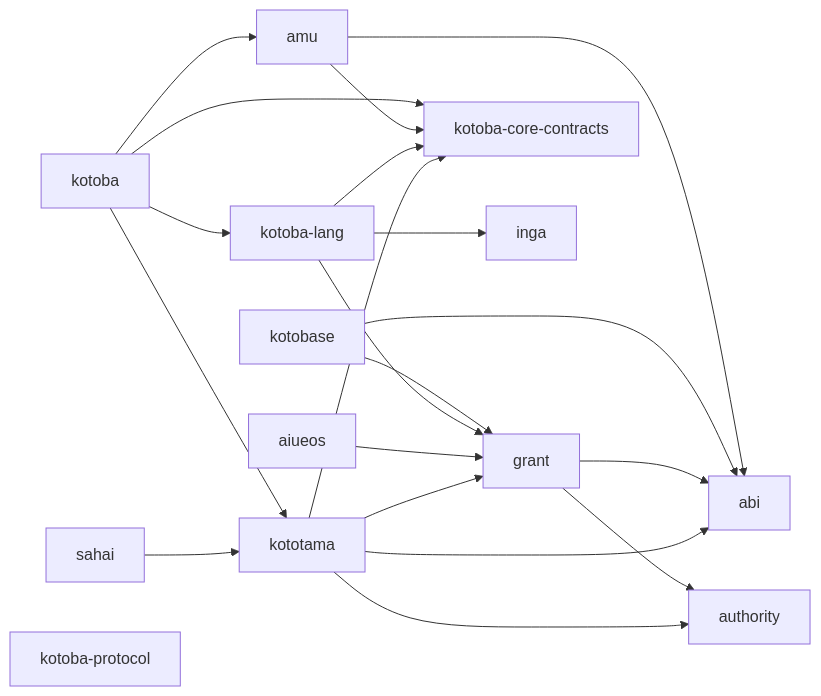
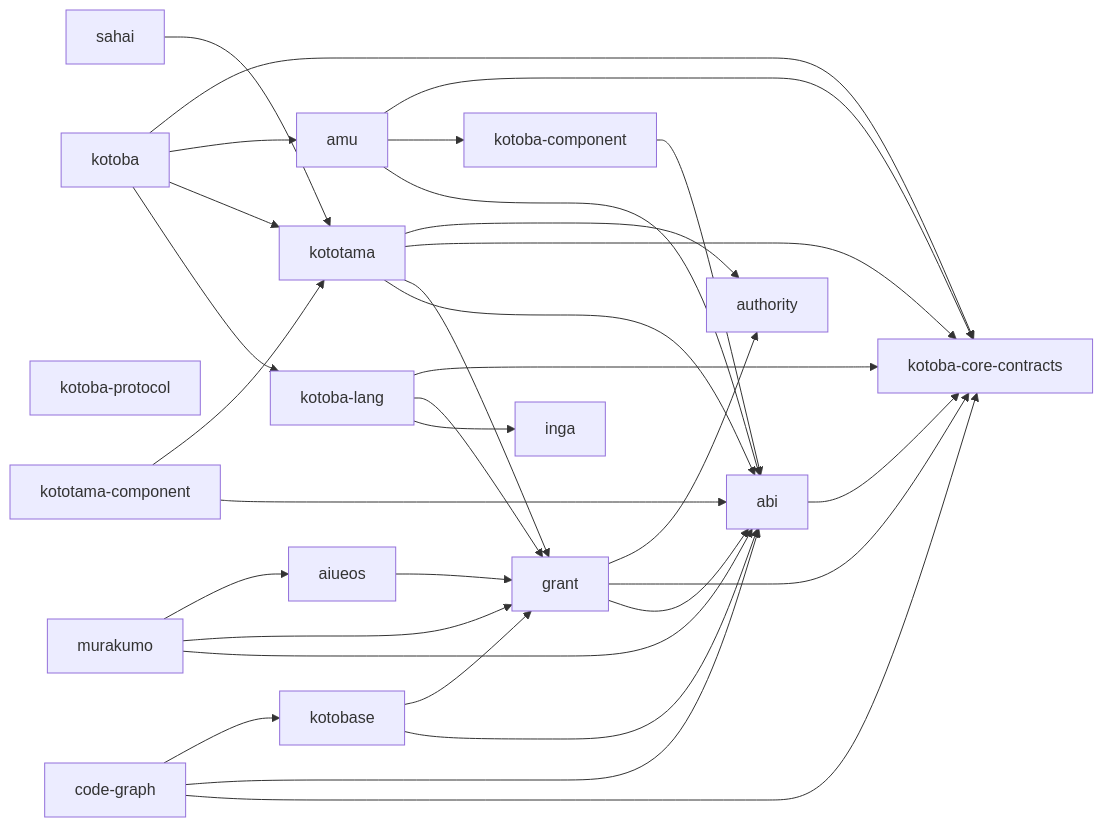
The first of 2 diagrams in docs/stack-dependencies-current.md (kotoba-lang/kotoba-lang), drawn with Mermaid before and after one commit. The commit also changed other lines of this file and 29 other files, not shown here.

````diff
--- a/docs/stack-dependencies-current.md
+++ b/docs/stack-dependencies-current.md
@@ -5,35 +7,51 @@
 ```mermaid
 flowchart LR
+  abi["abi"]
+  aiueos["aiueos"]
+  amu["amu"]
+  authority["authority"]
+  code_graph["code-graph"]
+  grant["grant"]
+  inga["inga"]
   kotoba["kotoba"]
-  amu["amu"]
-  abi["abi"]
-  authority["authority"]
-  kotobase["kotobase"]
-  grant["grant"]
+  kotoba_component["kotoba-component"]
   kotoba_core_contracts["kotoba-core-contracts"]
   kotoba_lang["kotoba-lang"]
-  inga["inga"]
+  kotoba_protocol["kotoba-protocol"]
+  kotobase["kotobase"]
+  kototama["kototama"]
+  kototama_component["kototama-component"]
+  murakumo["murakumo"]
   sahai["sahai"]
-  aiueos["aiueos"]
-  kototama["kototama"]
-  kotoba_protocol["kotoba-protocol"]
+  abi --> kotoba_core_contracts
+  aiueos --> grant
+  amu --> abi
+  amu --> kotoba_component
+  amu --> kotoba_core_contracts
+  code_graph --> kotoba_core_contracts
+  code_graph --> abi
+  code_graph --> kotobase
+  grant --> abi
+  grant --> kotoba_core_contracts
+  grant --> authority
   kotoba --> kotoba_lang
   kotoba --> kototama
   kotoba --> amu
   kotoba --> kotoba_core_contracts
-  amu --> abi
-  amu --> kotoba_core_contracts
-  kotobase --> abi
-  kotobase --> grant
-  grant --> abi
-  grant --> authority
+  kotoba_component --> abi
   kotoba_lang --> inga
   kotoba_lang --> grant
   kotoba_lang --> kotoba_core_contracts
-  sahai --> kototama
-  aiueos --> grant
+  kotobase --> abi
+  kotobase --> grant
   kototama --> abi
   kototama --> grant
   kototama --> kotoba_core_contracts
   kototama --> authority
+  kototama_component --> abi
+  kototama_component --> kototama
+  murakumo --> abi
+  murakumo --> grant
+  murakumo --> aiueos
+  sahai --> kototama
 ```
````
